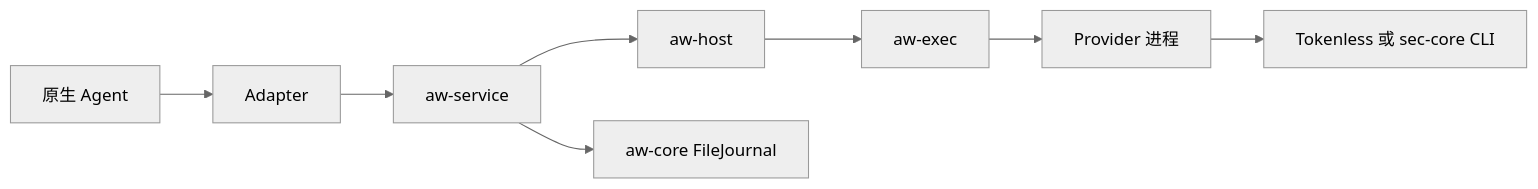
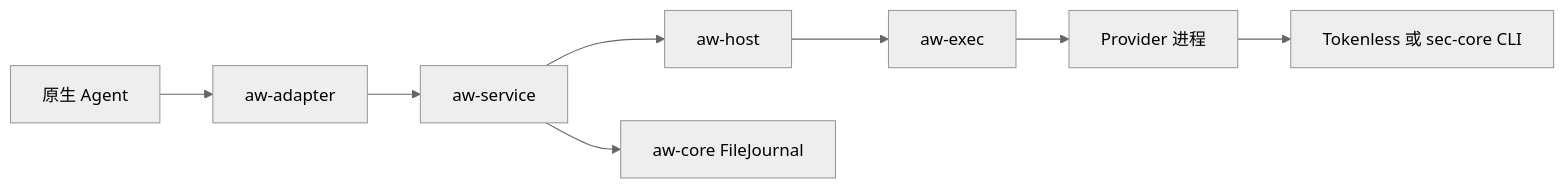
One commit to 123123213weqw/ANOLISA changed the diagram in src/aw/docs/design/README_zh.md. Above: the diagram before and after it, drawn with Mermaid (neutral theme). The commit also changed other lines of this file and 81 other files, not shown here.

````diff
--- a/src/aw/docs/design/README_zh.md
+++ b/src/aw/docs/design/README_zh.md
@@ -8,10 +10,10 @@
 ```mermaid
 flowchart LR
-    Agent[原生 Agent] --> Adapter[Adapter]
+    Agent[原生 Agent] --> Adapter[aw-adapter]
     Adapter --> Service[aw-service]
     Service --> Host[aw-host]
     Host --> Exec[aw-exec]
     Exec --> Provider[Provider 进程]
     Provider --> Backend[Tokenless 或 sec-core CLI]
     Service --> Journal[aw-core FileJournal]
 ```
````
